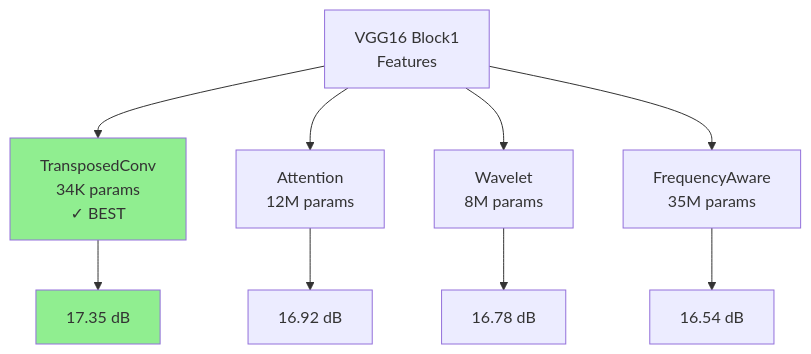
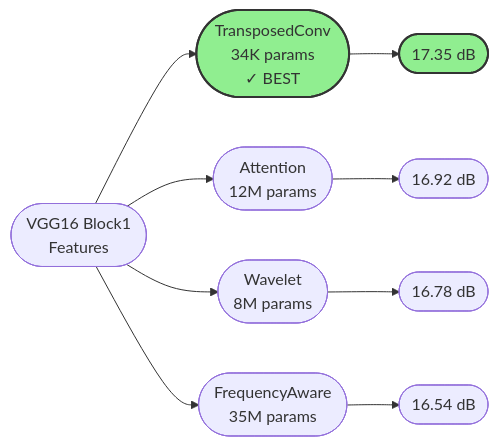
One commit to DanicaBlazanovic/CAP6415_F25_project_Input_Image_Reconstruction_from_Features changed the fourth of 9 diagrams in methodology.md. Above: the diagram before and after it, drawn with Mermaid. The commit also changed other lines of this file, not shown here.

````diff
--- a/methodology.md
+++ b/methodology.md
@@ -75,15 +75,15 @@
 ```mermaid
-graph TD
-    A[VGG16 Block1<br/>Features] --> B[TransposedConv<br/>34K params<br/>✓ BEST]
-    A --> C[Attention<br/>12M params]
-    A --> D[Wavelet<br/>8M params]
-    A --> E[FrequencyAware<br/>35M params]
+graph LR
+    A([VGG16 Block1<br/>Features]) --> B([TransposedConv<br/>34K params<br/>✓ BEST])
+    A --> C([Attention<br/>12M params])
+    A --> D([Wavelet<br/>8M params])
+    A --> E([FrequencyAware<br/>35M params])
     
-    B --> F[17.35 dB]
-    C --> G[16.92 dB]
-    D --> H[16.78 dB]
-    E --> I[16.54 dB]
+    B --> F([17.35 dB])
+    C --> G([16.92 dB])
+    D --> H([16.78 dB])
+    E --> I([16.54 dB])
     
-    style B fill:#90EE90
-    style F fill:#90EE90
+    style B fill:#90EE90,stroke:#333,stroke-width:2px
+    style F fill:#90EE90,stroke:#333,stroke-width:2px
 ```
````
